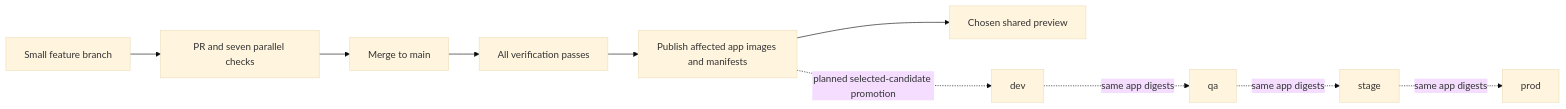
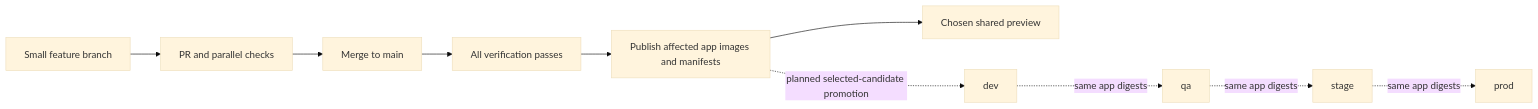
One commit to ashvir99260/flowboard changed the diagram in docs/DELIVERY_OPERATIONS.md. Above: the diagram before and after it, drawn with Mermaid (base theme). The commit also changed 7 other files, not shown here.

````diff
--- a/docs/DELIVERY_OPERATIONS.md
+++ b/docs/DELIVERY_OPERATIONS.md
@@ -21,12 +21,12 @@
 ```mermaid
 flowchart LR
-  Branch[Small feature branch] --> PR[PR and seven parallel checks]
+  Branch[Small feature branch] --> PR[PR and parallel checks]
   PR --> Main[Merge to main]
   Main --> Gates[All verification passes]
   Gates --> Releases[Publish affected app images and manifests]
   Releases --> Preview[Chosen shared preview]
   Releases -. planned selected-candidate promotion .-> Dev[dev]
   Dev -. same app digests .-> QA[qa]
   QA -. same app digests .-> Stage[stage]
   Stage -. same app digests .-> Prod[prod]
 ```
````
